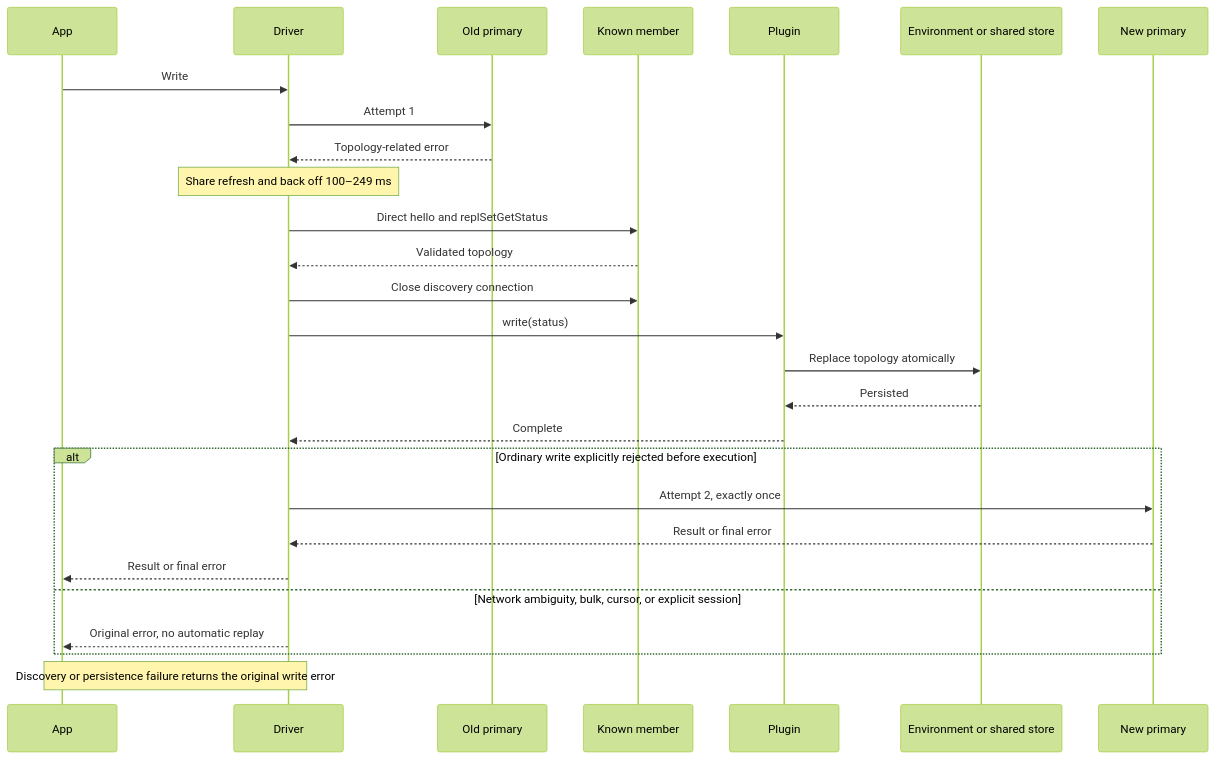
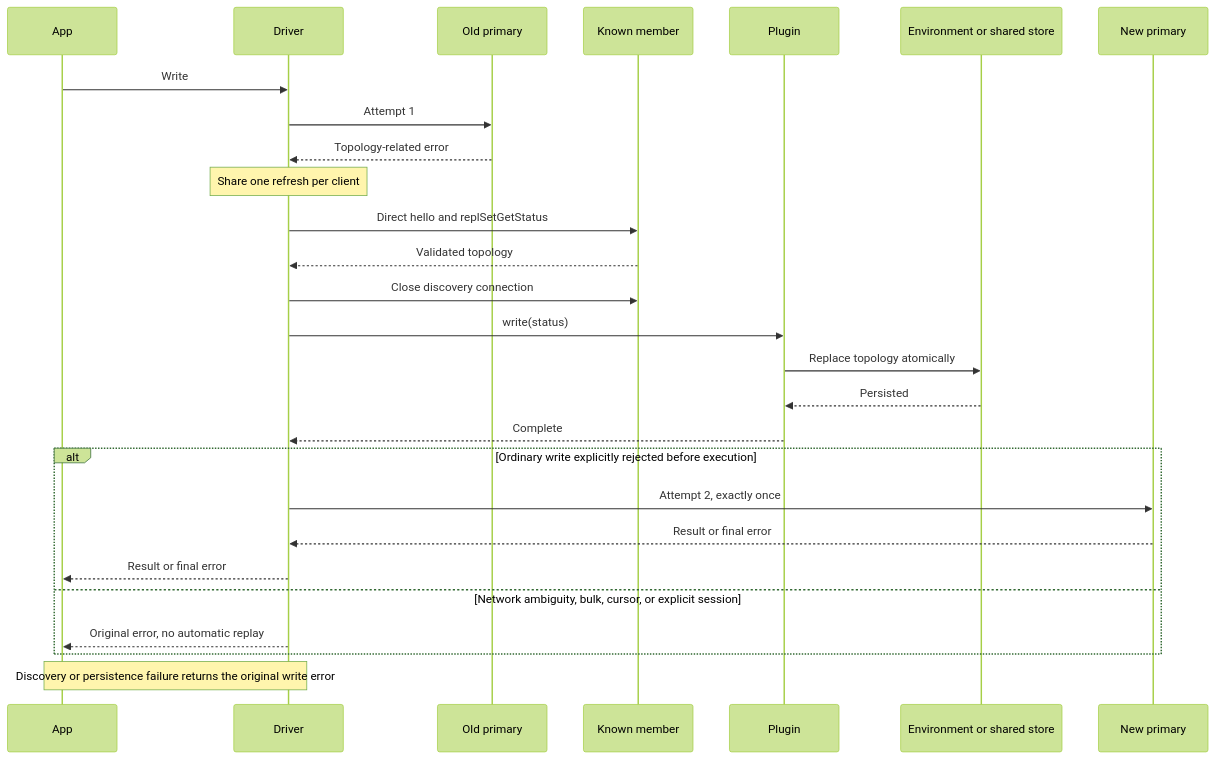
Before and after one commit to alexbevi/mongodb-serverless: the diagram in docs/architecture.md, drawn with Mermaid (forest theme). The commit also changed other lines of this file and 4 other files, not shown here.

````diff
--- a/docs/architecture.md
+++ b/docs/architecture.md
@@ -82,29 +82,29 @@
 ```mermaid
 sequenceDiagram
     participant App
     participant Driver
     participant Old as Old primary
     participant Member as Known member
     participant Plugin
     participant Store as Environment or shared store
     participant New as New primary
     App->>Driver: Write
     Driver->>Old: Attempt 1
     Old-->>Driver: Topology-related error
-    Note over Driver: Share refresh and back off 100–249 ms
+    Note over Driver: Share one refresh per client
     Driver->>Member: Direct hello and replSetGetStatus
     Member-->>Driver: Validated topology
     Driver->>Member: Close discovery connection
     Driver->>Plugin: write(status)
     Plugin->>Store: Replace topology atomically
     Store-->>Plugin: Persisted
     Plugin-->>Driver: Complete
     alt Ordinary write explicitly rejected before execution
         Driver->>New: Attempt 2, exactly once
         New-->>Driver: Result or final error
         Driver-->>App: Result or final error
     else Network ambiguity, bulk, cursor, or explicit session
         Driver-->>App: Original error, no automatic replay
     end
     Note over Driver,App: Discovery or persistence failure returns the original write error
 ```
````
